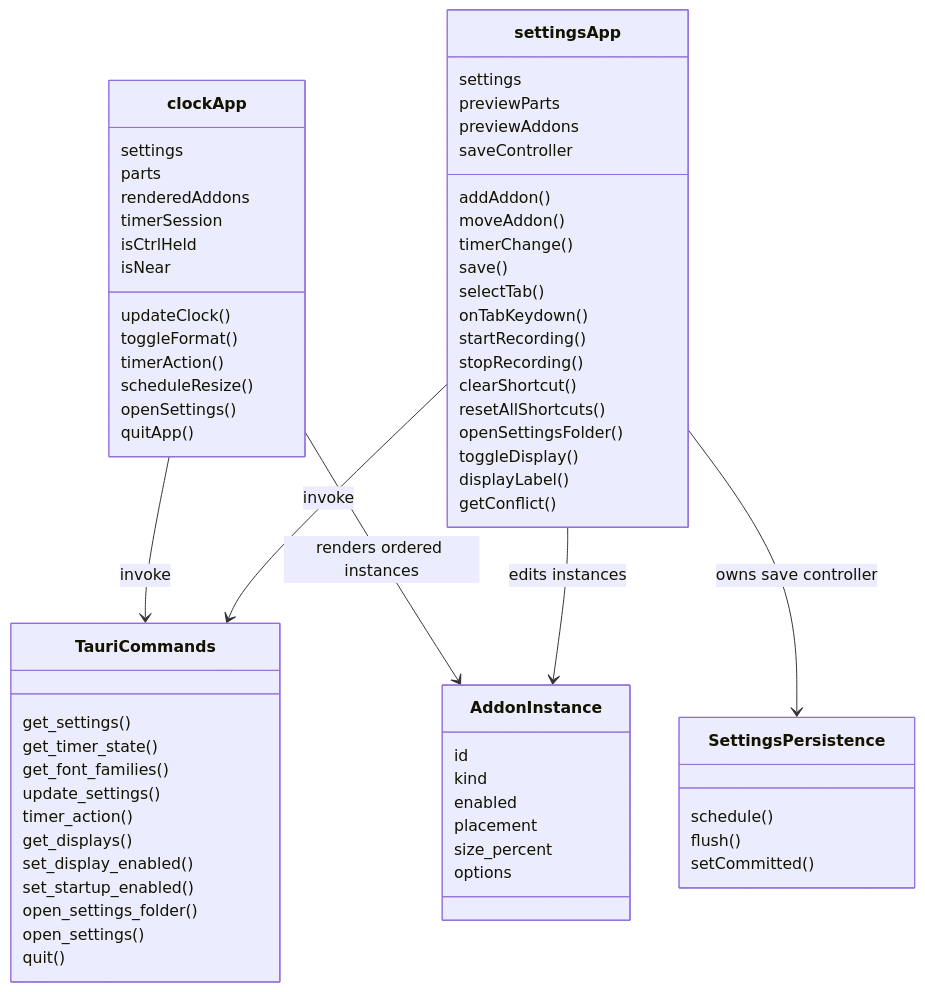
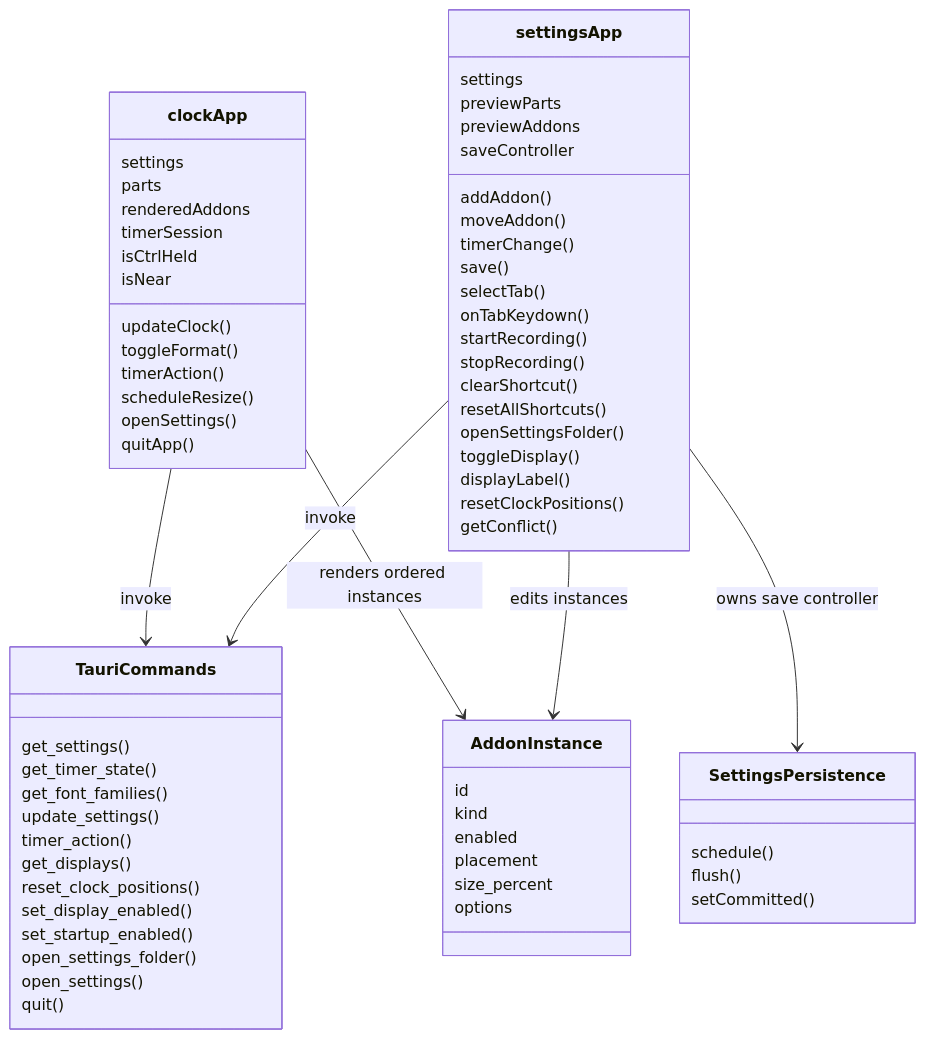
Before and after one commit to tbkmax/TopClock: the first of 3 diagrams in src/doc/workflow_diagram.md, drawn with Mermaid. The commit also changed other lines of this file and 13 other files, not shown here.

Commit message:
feat(clock): add reset position button in setting page

````diff
--- a/src/doc/workflow_diagram.md
+++ b/src/doc/workflow_diagram.md
@@ -9,68 +9,70 @@
 ```mermaid
 classDiagram
     class clockApp {
       settings
       parts
       renderedAddons
       timerSession
       isCtrlHeld
       isNear
       updateClock()
       toggleFormat()
       timerAction()
       scheduleResize()
       openSettings()
       quitApp()
     }
     class settingsApp {
       settings
       previewParts
       previewAddons
       saveController
       addAddon()
       moveAddon()
       timerChange()
       save()
       selectTab()
       onTabKeydown()
       startRecording()
       stopRecording()
       clearShortcut()
       resetAllShortcuts()
       openSettingsFolder()
       toggleDisplay()
       displayLabel()
+      resetClockPositions()
       getConflict()
     }
     class SettingsPersistence {
       schedule()
       flush()
       setCommitted()
     }
     class TauriCommands {
       get_settings()
       get_timer_state()
       get_font_families()
       update_settings()
       timer_action()
       get_displays()
+      reset_clock_positions()
       set_display_enabled()
       set_startup_enabled()
       open_settings_folder()
       open_settings()
       quit()
     }
     clockApp --> TauriCommands : invoke
     settingsApp --> TauriCommands : invoke
     settingsApp --> SettingsPersistence : owns save controller
     class AddonInstance {
       id
       kind
       enabled
       placement
       size_percent
       options
     }
     clockApp --> AddonInstance : renders ordered instances
     settingsApp --> AddonInstance : edits instances
 ```
````
